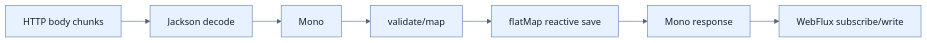
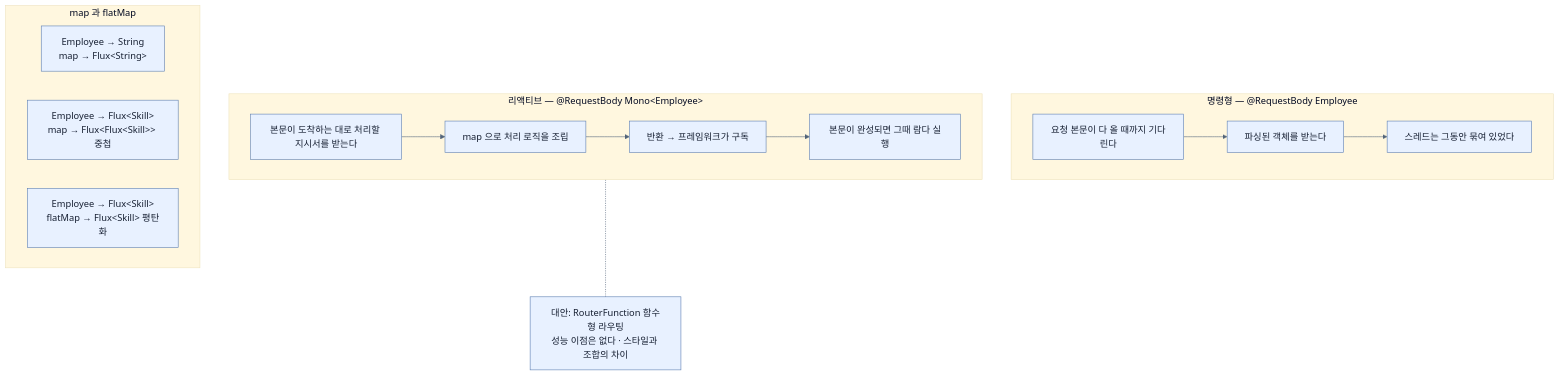
The diagram in spring-boot-4-pdf-notes/part-4-scaling-an-application-with-spring-boot/chapter-9-writing-reactive-web-controllers/04-consuming-data-with-reactive-post.md (sing-u8/Learning_Spring_Boot_4), drawn with Mermaid before and after one commit. The commit also changed other lines of this file and 253 other files, not shown here.

````diff
--- a/spring-boot-4-pdf-notes/part-4-scaling-an-application-with-spring-boot/chapter-9-writing-reactive-web-controllers/04-consuming-data-with-reactive-post.md
+++ b/spring-boot-4-pdf-notes/part-4-scaling-an-application-with-spring-boot/chapter-9-writing-reactive-web-controllers/04-consuming-data-with-reactive-post.md
@@ -28,10 +92,21 @@
 ```mermaid
 %%{init: {'theme': 'base', 'themeVariables': {'background': '#ffffff', 'primaryColor': '#e8f1ff', 'primaryTextColor': '#172033', 'primaryBorderColor': '#5b7db1', 'lineColor': '#52647a', 'secondaryColor': '#f7fbff', 'tertiaryColor': '#fff7df'}}}%%
-flowchart LR
-    B[HTTP body chunks] --> D[Jackson decode]
-    D --> M[Mono<Employee>]
-    M --> V[validate/map]
-    V --> S[flatMap reactive save]
-    S --> R[Mono response]
-    R --> W[WebFlux subscribe/write]
+flowchart TB
+    subgraph IMP["명령형 — @RequestBody Employee"]
+        I1["요청 본문이 다 올 때까지 기다린다"] --> I2["파싱된 객체를 받는다"] --> I3["스레드는 그동안 묶여 있었다"]
+    end
+
+    subgraph RX["리액티브 — @RequestBody Mono&lt;Employee&gt;"]
+        R1["본문이 도착하는 대로 처리할 지시서를 받는다"] --> R2["map 으로 처리 로직을 조립"]
+        R2 --> R3["반환 → 프레임워크가 구독"] --> R4["본문이 완성되면 그때 람다 실행"]
+    end
+
+    subgraph FM["map 과 flatMap"]
+        F1["Employee → String<br/>map → Flux&lt;String&gt;"]
+        F2["Employee → Flux&lt;Skill&gt;<br/>map → Flux&lt;Flux&lt;Skill&gt;&gt; 중첩"]
+        F3["Employee → Flux&lt;Skill&gt;<br/>flatMap → Flux&lt;Skill&gt; 평탄화"]
+    end
+
+    ALT["대안: RouterFunction 함수형 라우팅<br/>성능 이점은 없다 · 스타일과 조합의 차이"]
+    RX -.- ALT
 ```
````
